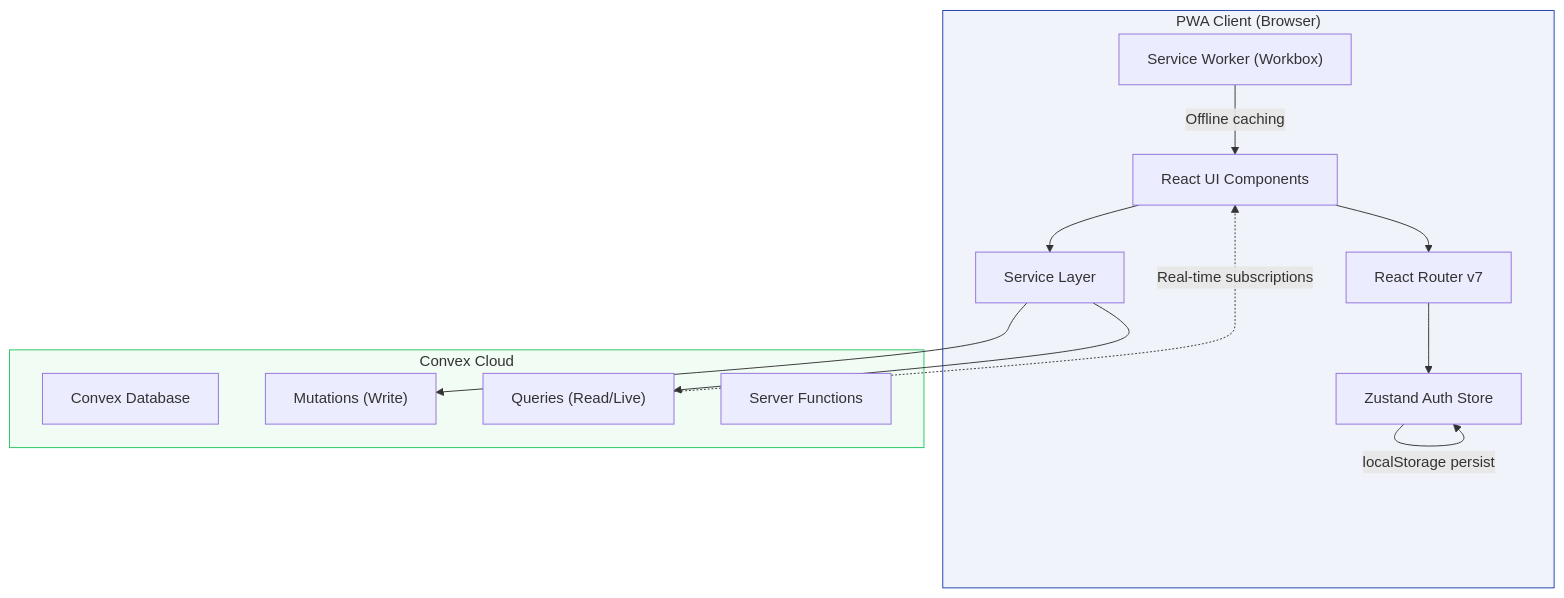
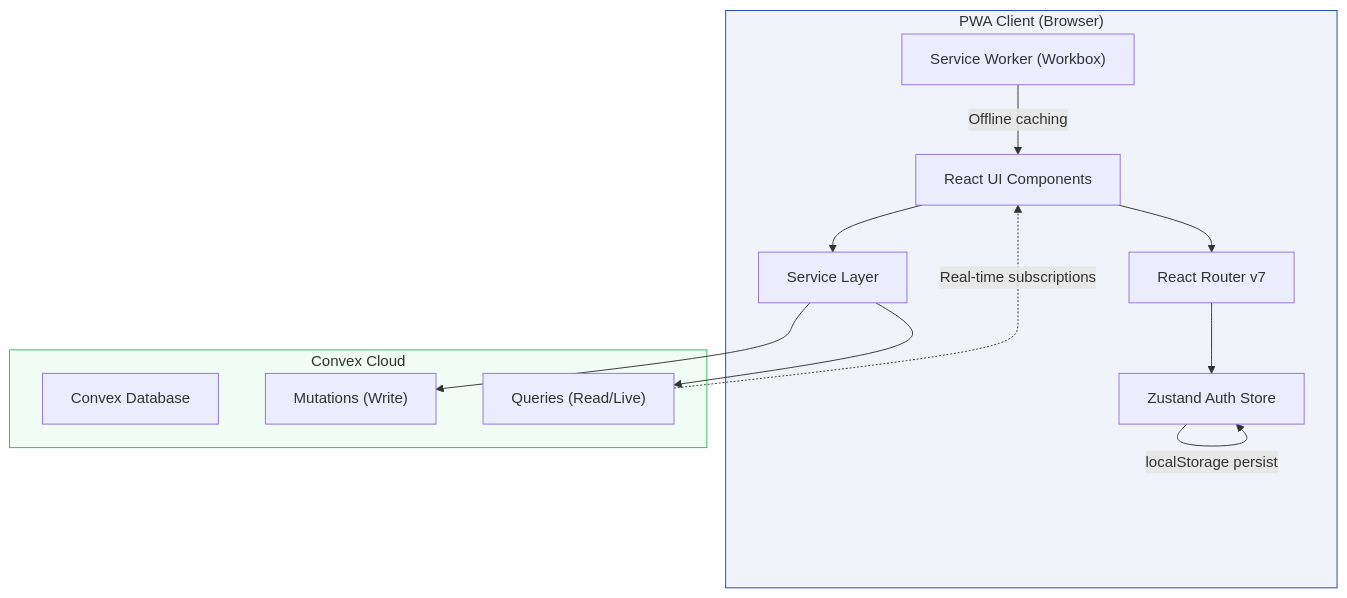
Before and after one commit to Ibnujaleel/MEPac: the first of 6 diagrams in mepac-pwa/docs/CODEBASE_DOCUMENTATION.md, drawn with Mermaid. The commit also changed other lines of this file and 2 other files, not shown here.

````diff
--- a/mepac-pwa/docs/CODEBASE_DOCUMENTATION.md
+++ b/mepac-pwa/docs/CODEBASE_DOCUMENTATION.md
@@ -121,29 +115,28 @@
 ```mermaid
 graph TB
     subgraph Client["PWA Client (Browser)"]
         UI["React UI Components"]
         Router["React Router v7"]
         Store["Zustand Auth Store"]
         Services["Service Layer"]
         SW["Service Worker (Workbox)"]
     end
 
     subgraph Backend["Convex Cloud"]
         DB["Convex Database"]
         Mutations["Mutations (Write)"]
         Queries["Queries (Read/Live)"]
-        ServerFunctions["Server Functions"]
     end
 
     UI --> Router
     Router --> Store
     UI --> Services
     Services --> Mutations
     Services --> Queries
     Queries -.->|"Real-time subscriptions"| UI
     Store -->|"localStorage persist"| Store
     SW -->|"Offline caching"| UI
 
     style Client fill:#1E40AF10,stroke:#1E40AF
     style Backend fill:#22C55E10,stroke:#22C55E
 ```
````
